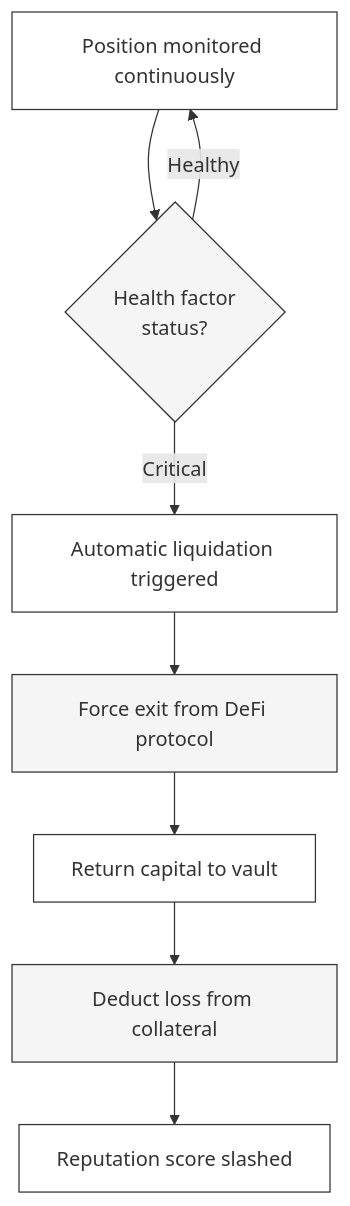
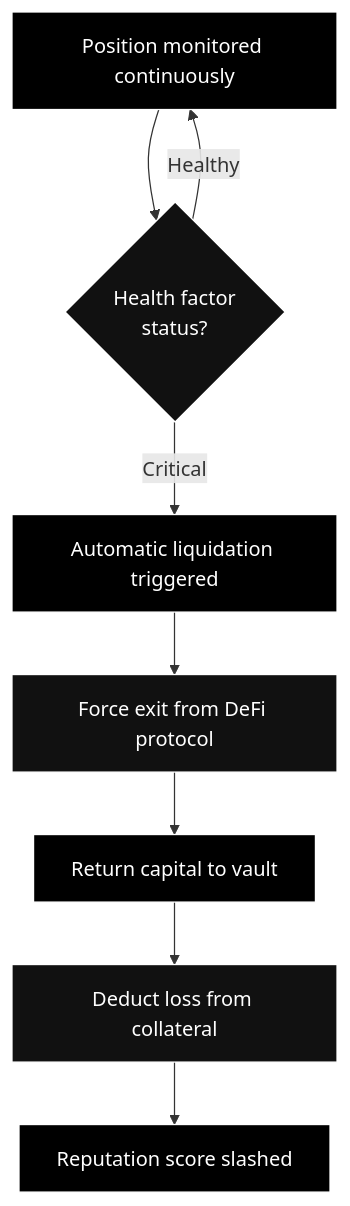
The second of 2 diagrams in borrowers/collateral-and-reputation.mdx (TRECC-eth/docs), drawn with Mermaid before and after one commit. The commit also changed other lines of this file and 12 other files, not shown here.

Commit message:
changed diagram colours

````diff
--- a/borrowers/collateral-and-reputation.mdx
+++ b/borrowers/collateral-and-reputation.mdx
@@ -94,18 +94,18 @@
 ```mermaid
 flowchart TD
     MONITOR[Position monitored continuously] --> HEALTH{Health factor<br/>status?}
     HEALTH -->|Healthy| MONITOR
     HEALTH -->|Critical| LIQ[Automatic liquidation triggered]
     LIQ --> EXIT[Force exit from DeFi protocol]
     EXIT --> REPAY[Return capital to vault]
     REPAY --> DEDUCT[Deduct loss from collateral]
     DEDUCT --> SLASH[Reputation score slashed]
 
-    style MONITOR fill:#ffffff,stroke:#333333
-    style HEALTH fill:#f5f5f5,stroke:#333333
-    style LIQ fill:#ffffff,stroke:#333333
-    style EXIT fill:#f5f5f5,stroke:#333333
-    style REPAY fill:#ffffff,stroke:#333333
-    style DEDUCT fill:#f5f5f5,stroke:#333333
-    style SLASH fill:#ffffff,stroke:#333333
+    style MONITOR fill:#000000,stroke:#ffffff,color:#ffffff
+    style HEALTH fill:#111111,stroke:#ffffff,color:#ffffff
+    style LIQ fill:#000000,stroke:#ffffff,color:#ffffff
+    style EXIT fill:#111111,stroke:#ffffff,color:#ffffff
+    style REPAY fill:#000000,stroke:#ffffff,color:#ffffff
+    style DEDUCT fill:#111111,stroke:#ffffff,color:#ffffff
+    style SLASH fill:#000000,stroke:#ffffff,color:#ffffff
 ```
````
